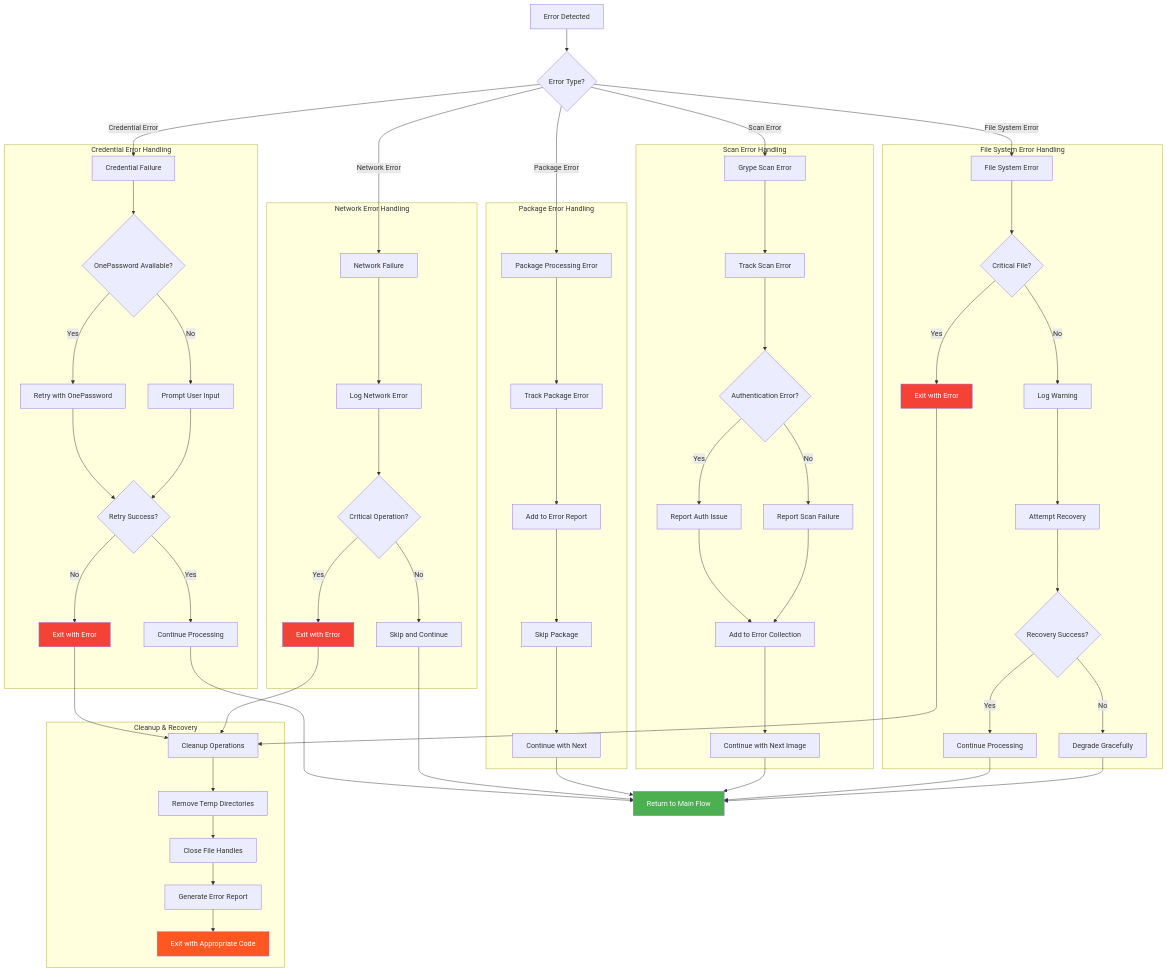
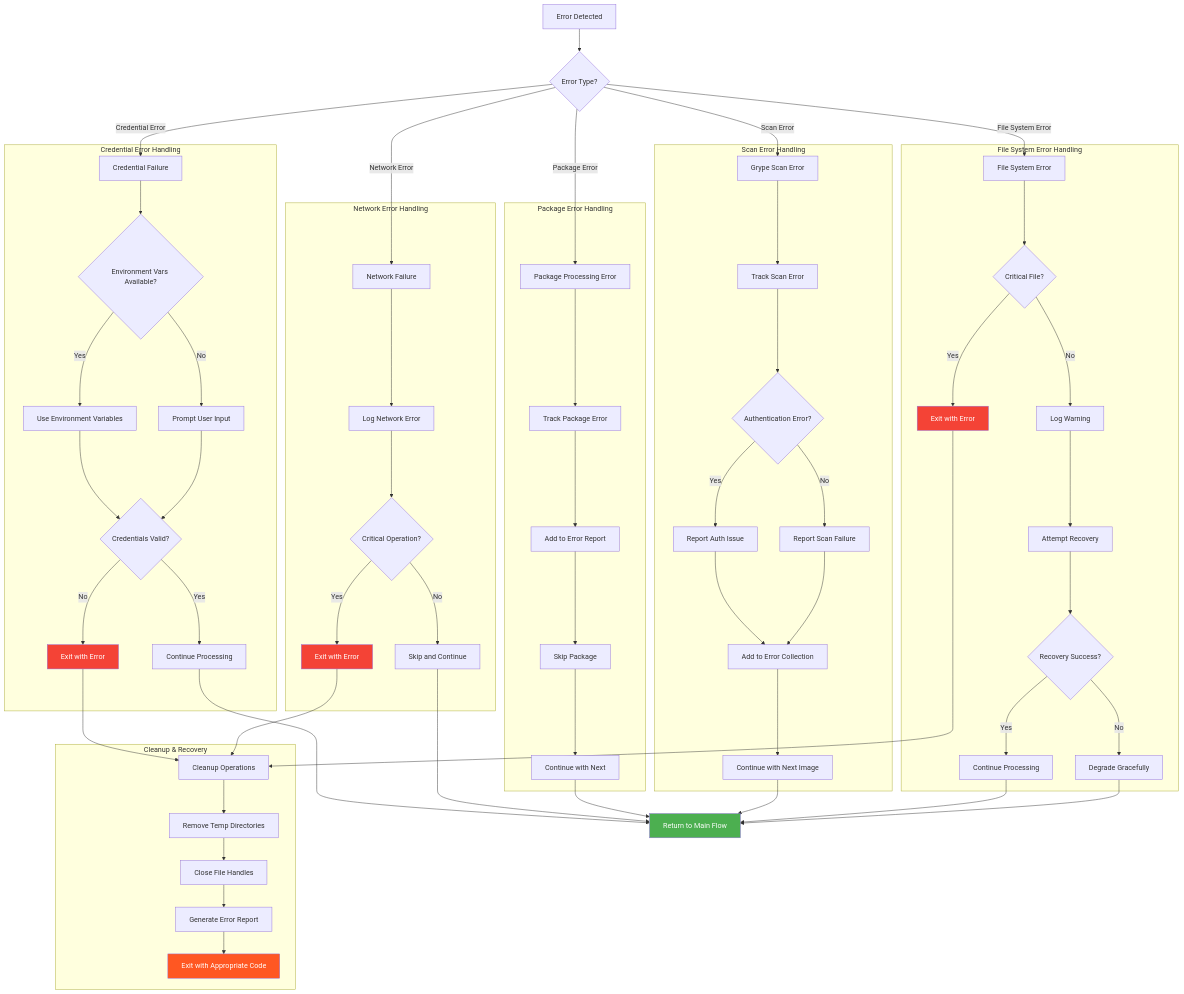
The eighth of 8 diagrams in docs/UDS_Scanner_Execution_Plan.md (mkm29/uds-utils), drawn with Mermaid before and after one commit. The commit also changed other lines of this file and 4 other files, not shown here.

Commit message:
Add settings and documentation for UDS Vulnerability Scanner; remove OnePassword integration

````diff
--- a/docs/UDS_Scanner_Execution_Plan.md
+++ b/docs/UDS_Scanner_Execution_Plan.md
@@ -577,77 +570,77 @@
 ```mermaid
 flowchart TD
     A[Error Detected] --> B{Error Type?}
 
     B -->|Credential Error| C[Credential Failure]
     B -->|Network Error| D[Network Failure]
     B -->|Package Error| E[Package Processing Error]
     B -->|Scan Error| F[Grype Scan Error]
     B -->|File System Error| G[File System Error]
 
     subgraph "Credential Error Handling"
-        C --> C1{OnePassword Available?}
-        C1 -->|Yes| C2[Retry with OnePassword]
+        C --> C1{Environment Vars Available?}
+        C1 -->|Yes| C2[Use Environment Variables]
         C1 -->|No| C3[Prompt User Input]
-        C2 --> C4{Retry Success?}
+        C2 --> C4{Credentials Valid?}
         C3 --> C4
         C4 -->|Yes| C5[Continue Processing]
         C4 -->|No| C6[Exit with Error]
     end
 
     subgraph "Network Error Handling"
         D --> D1[Log Network Error]
         D1 --> D2{Critical Operation?}
         D2 -->|Yes| D3[Exit with Error]
         D2 -->|No| D4[Skip and Continue]
     end
 
     subgraph "Package Error Handling"
         E --> E1[Track Package Error]
         E1 --> E2[Add to Error Report]
         E2 --> E3[Skip Package]
         E3 --> E4[Continue with Next]
     end
 
     subgraph "Scan Error Handling"
         F --> F1[Track Scan Error]
         F1 --> F2{Authentication Error?}
         F2 -->|Yes| F3[Report Auth Issue]
         F2 -->|No| F4[Report Scan Failure]
         F3 --> F5[Add to Error Collection]
         F4 --> F5
         F5 --> F6[Continue with Next Image]
     end
 
     subgraph "File System Error Handling"
         G --> G1{Critical File?}
         G1 -->|Yes| G2[Exit with Error]
         G1 -->|No| G3[Log Warning]
         G3 --> G4[Attempt Recovery]
         G4 --> G5{Recovery Success?}
         G5 -->|Yes| G6[Continue Processing]
         G5 -->|No| G7[Degrade Gracefully]
     end
 
     subgraph "Cleanup & Recovery"
         H[Cleanup Operations] --> I[Remove Temp Directories]
         I --> J[Close File Handles]
         J --> K[Generate Error Report]
         K --> L[Exit with Appropriate Code]
     end
 
     C5 --> M[Return to Main Flow]
     C6 --> H
     D3 --> H
     D4 --> M
     E4 --> M
     F6 --> M
     G2 --> H
     G6 --> M
     G7 --> M
 
     style C6 fill:#f44336,color:white
     style D3 fill:#f44336,color:white
     style G2 fill:#f44336,color:white
     style M fill:#4caf50,color:white
     style L fill:#ff5722,color:white
 ```
````
